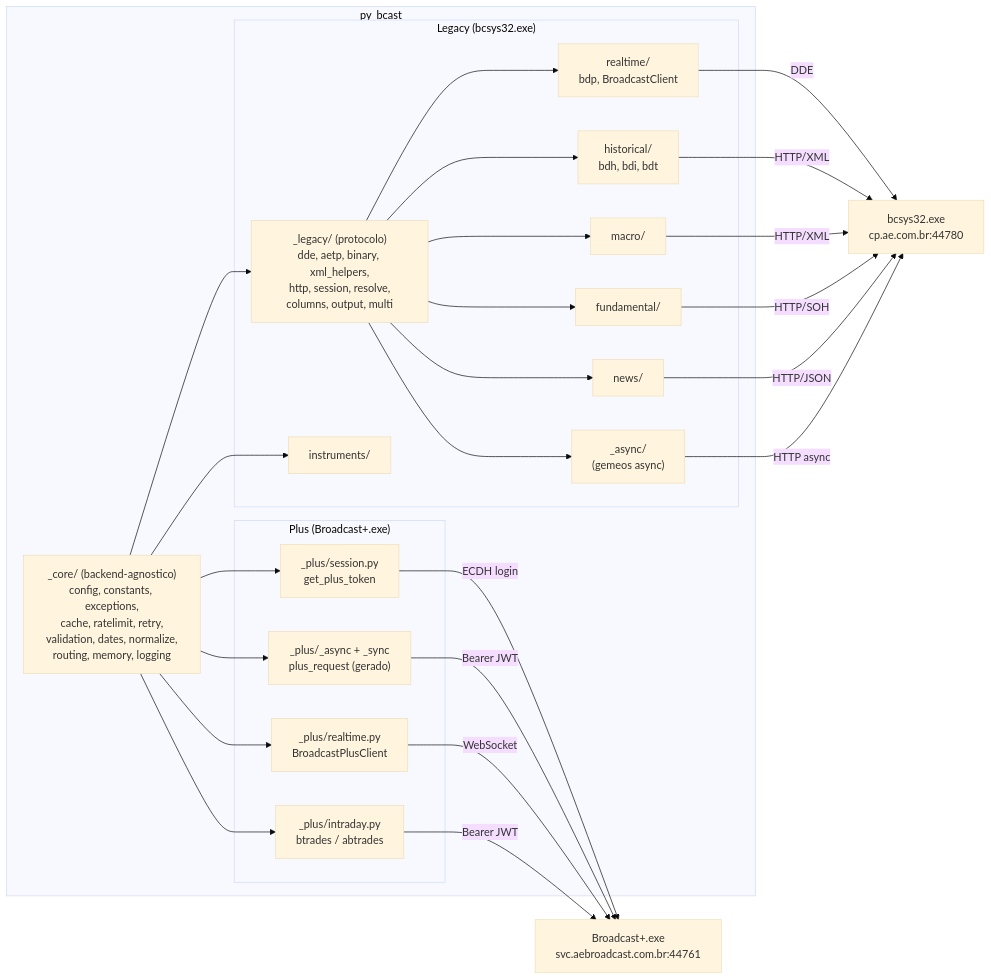
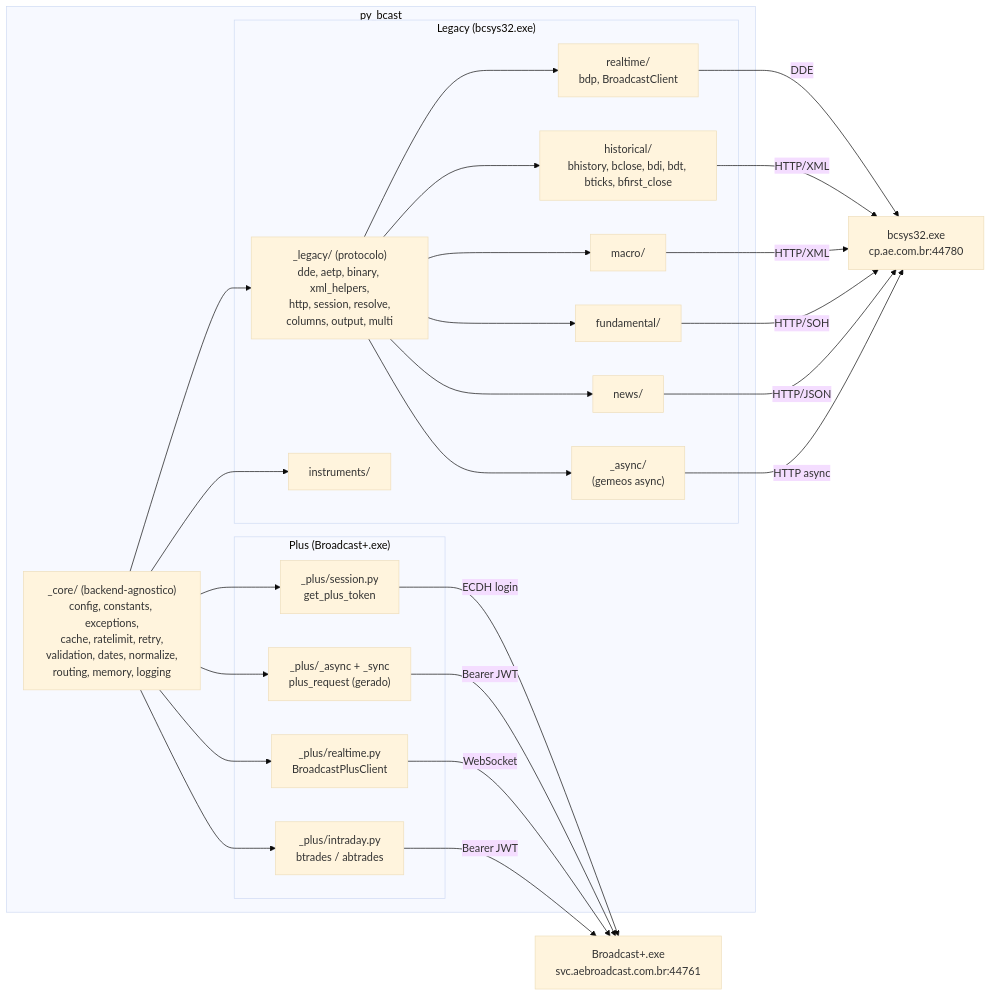
One commit to enzoomoreira/py-bcast changed the diagram in docs/architecture.md. Above: the diagram before and after it, drawn with Mermaid (base theme). The commit also changed other lines of this file and 7 other files, not shown here.

````diff
--- a/docs/architecture.md
+++ b/docs/architecture.md
@@ -18,48 +18,48 @@
 ```mermaid
 graph LR
     subgraph "py_bcast"
         CORE["_core/ (backend-agnostico)<br/>config, constants, exceptions,<br/>cache, ratelimit, retry,<br/>validation, dates, normalize,<br/>routing, memory, logging"]
 
         subgraph "Legacy (bcsys32.exe)"
             L_PROTO["_legacy/ (protocolo)<br/>dde, aetp, binary, xml_helpers,<br/>http, session, resolve,<br/>columns, output, multi"]
             L_RT["realtime/<br/>bdp, BroadcastClient"]
-            L_HIST["historical/<br/>bdh, bdi, bdt"]
+            L_HIST["historical/<br/>bhistory, bclose, bdi, bdt, bticks, bfirst_close"]
             L_MACRO["macro/"]
             L_FUND["fundamental/"]
             L_NEWS["news/"]
             L_INST["instruments/"]
             L_ASYNC["_async/<br/>(gemeos async)"]
         end
 
         subgraph "Plus (Broadcast+.exe)"
             P_SESS["_plus/session.py<br/>get_plus_token"]
             P_HTTP["_plus/_async + _sync<br/>plus_request (gerado)"]
             P_RT["_plus/realtime.py<br/>BroadcastPlusClient"]
             P_INTRA["_plus/intraday.py<br/>btrades / abtrades"]
         end
 
         CORE --> L_PROTO
         L_PROTO --> L_RT
         L_PROTO --> L_HIST
         L_PROTO --> L_MACRO
         L_PROTO --> L_FUND
         L_PROTO --> L_NEWS
         L_PROTO --> L_ASYNC
         CORE --> L_INST
         CORE --> P_SESS
         CORE --> P_HTTP
         CORE --> P_RT
         CORE --> P_INTRA
     end
 
     L_RT -->|"DDE"| BCSYS["bcsys32.exe<br/>cp.ae.com.br:44780"]
     L_HIST -->|"HTTP/XML"| BCSYS
     L_MACRO -->|"HTTP/XML"| BCSYS
     L_FUND -->|"HTTP/SOH"| BCSYS
     L_NEWS -->|"HTTP/JSON"| BCSYS
     L_ASYNC -->|"HTTP async"| BCSYS
     P_SESS -->|"ECDH login"| PLUS["Broadcast+.exe<br/>svc.aebroadcast.com.br:44761"]
     P_HTTP -->|"Bearer JWT"| PLUS
     P_RT -->|"WebSocket"| PLUS
     P_INTRA -->|"Bearer JWT"| PLUS
 ```
````
